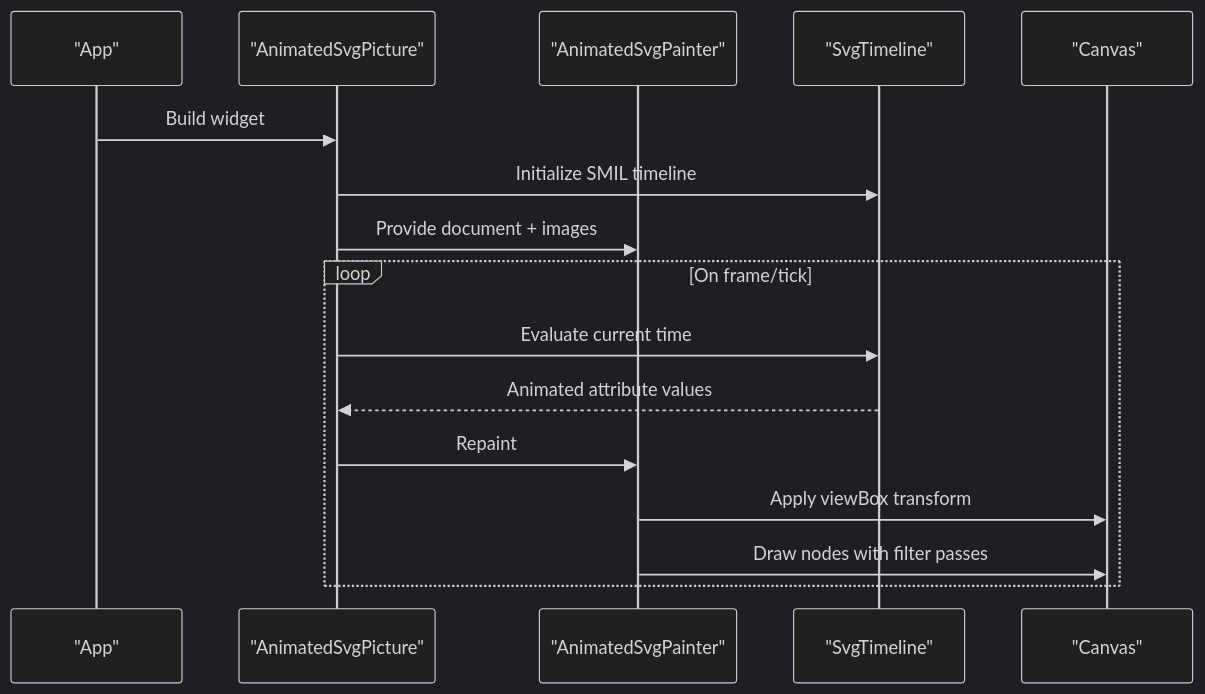
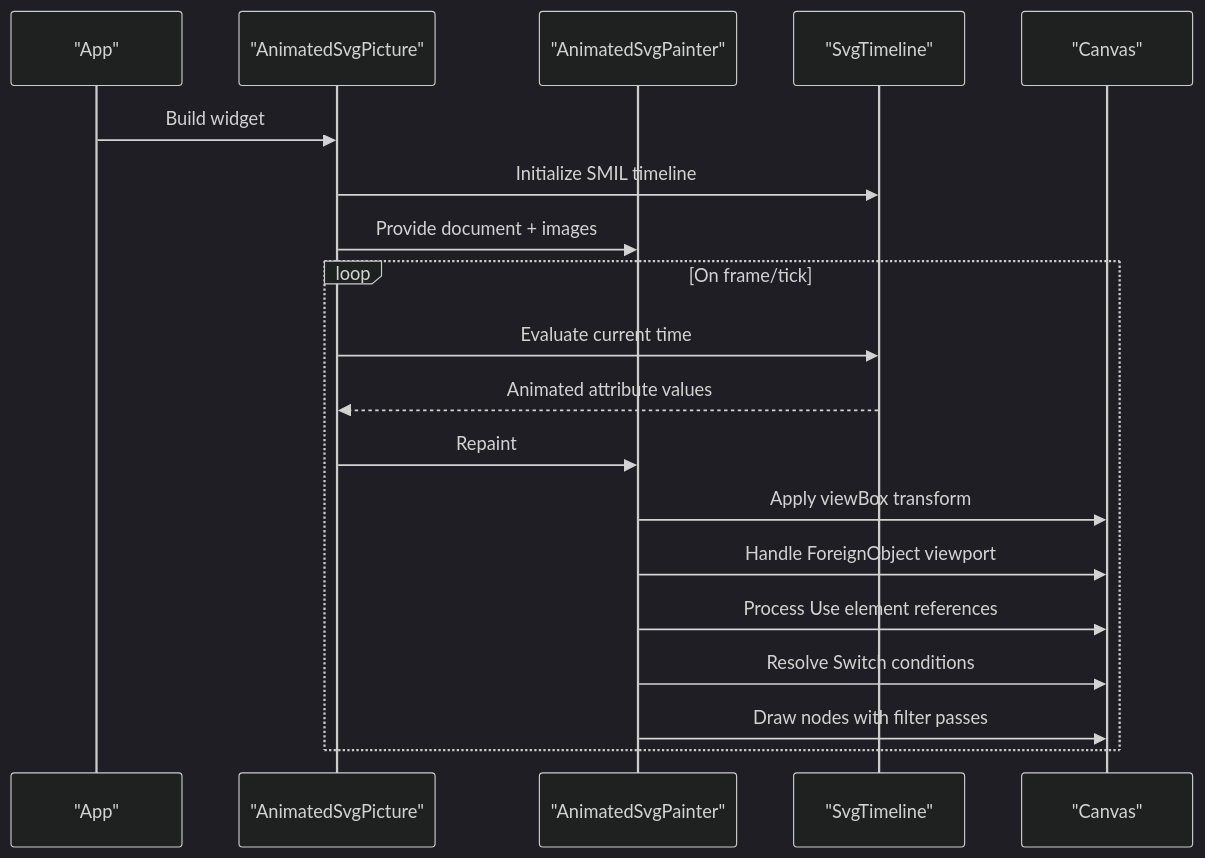
The second of 9 diagrams in .qoder/repowiki/en/content/Advanced Features/Advanced Features.md (denisnadey/flutter_full_svg_support), drawn with Mermaid (dark theme) before and after one commit. The commit also changed other lines of this file and 40 other files, not shown here.

````diff
--- a/.qoder/repowiki/en/content/Advanced Features/Advanced Features.md
+++ b/.qoder/repowiki/en/content/Advanced Features/Advanced Features.md
@@ -105,18 +135,21 @@
 ```mermaid
 sequenceDiagram
 participant App as "App"
 participant Picture as "AnimatedSvgPicture"
 participant Painter as "AnimatedSvgPainter"
 participant Timeline as "SvgTimeline"
 participant Canvas as "Canvas"
 App->>Picture : Build widget
 Picture->>Timeline : Initialize SMIL timeline
 Picture->>Painter : Provide document + images
 loop On frame/tick
 Picture->>Timeline : Evaluate current time
 Timeline-->>Picture : Animated attribute values
 Picture->>Painter : Repaint
 Painter->>Canvas : Apply viewBox transform
+Painter->>Canvas : Handle ForeignObject viewport
+Painter->>Canvas : Process Use element references
+Painter->>Canvas : Resolve Switch conditions
 Painter->>Canvas : Draw nodes with filter passes
 end
 ```
````
